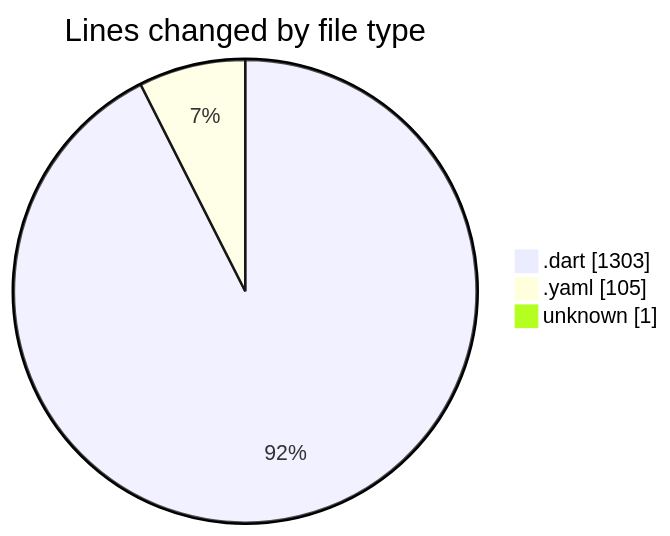
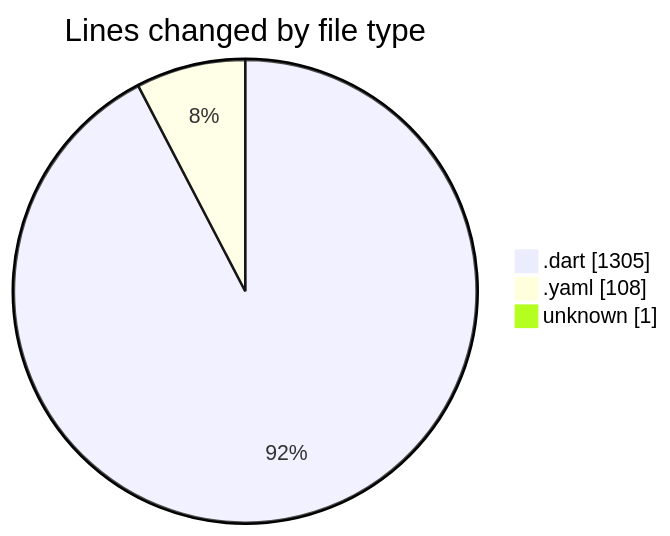
The first of 2 diagrams in 2025-03-08/uber_clone/README.md (donsfak/code-tracking), drawn with Mermaid before and after one commit. The commit also changed other lines of this file and 1 other file, not shown here.

````diff
--- a/2025-03-08/uber_clone/README.md
+++ b/2025-03-08/uber_clone/README.md
@@ -24,7 +24,7 @@
 ```mermaid
 pie showData
 title Lines changed by file type
-".dart" : 1303
-".yaml" : 105
+".dart" : 1305
+".yaml" : 108
 "unknown" : 1
 ```
````
